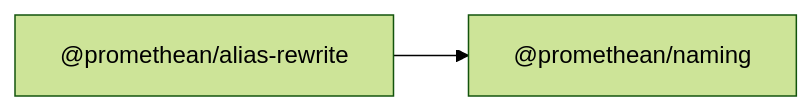
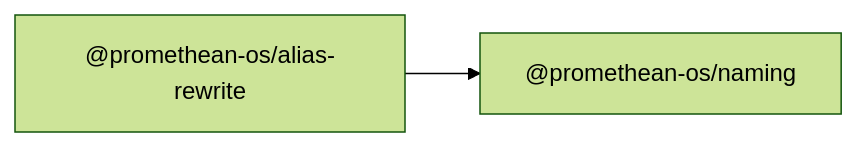
The diagram in docs/packages/naming/README.md (octave-commons/promethean), drawn with Mermaid (forest theme) before and after one commit. The commit also changed other lines of this file and 1753 other files, not shown here.

````diff
--- a/docs/packages/naming/README.md
+++ b/docs/packages/naming/README.md
@@ -14,7 +14,7 @@
 ```mermaid
 graph LR
-  A["@promethean/naming"]
-  R1["@promethean/alias-rewrite"]
-  R1["@promethean/alias-rewrite"] --> A
-  click R1 "../alias-rewrite/README.md" "@promethean/alias-rewrite"
+  A["@promethean-os/naming"]
+  R1["@promethean-os/alias-rewrite"]
+  R1["@promethean-os/alias-rewrite"] --> A
+  click R1 "../alias-rewrite/README.md" "@promethean-os/alias-rewrite"
 ```
````
